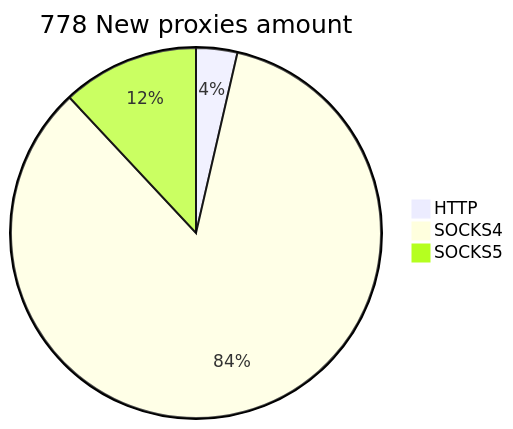
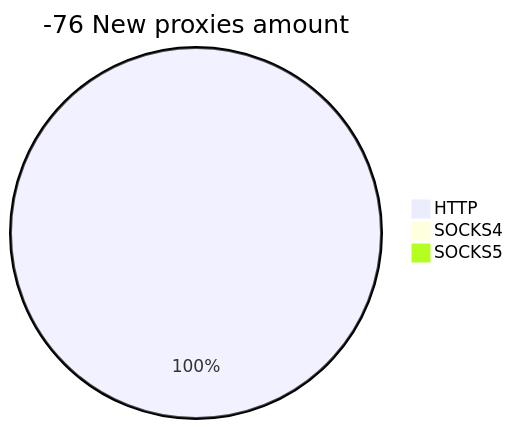
The second of 2 diagrams in README.md (cutipu/proxylist), drawn with Mermaid before and after one commit. The commit also changed other lines of this file, not shown here.

````diff
--- a/README.md
+++ b/README.md
@@ -10,6 +10,6 @@
 ```mermaid
-pie title 778 New proxies amount
-    "HTTP" : 28
-    "SOCKS4" : 657
-    "SOCKS5" : 93
+pie title -76 New proxies amount
+    "HTTP" : 2
+    "SOCKS4" : 0
+    "SOCKS5" : 0
 ```
````
